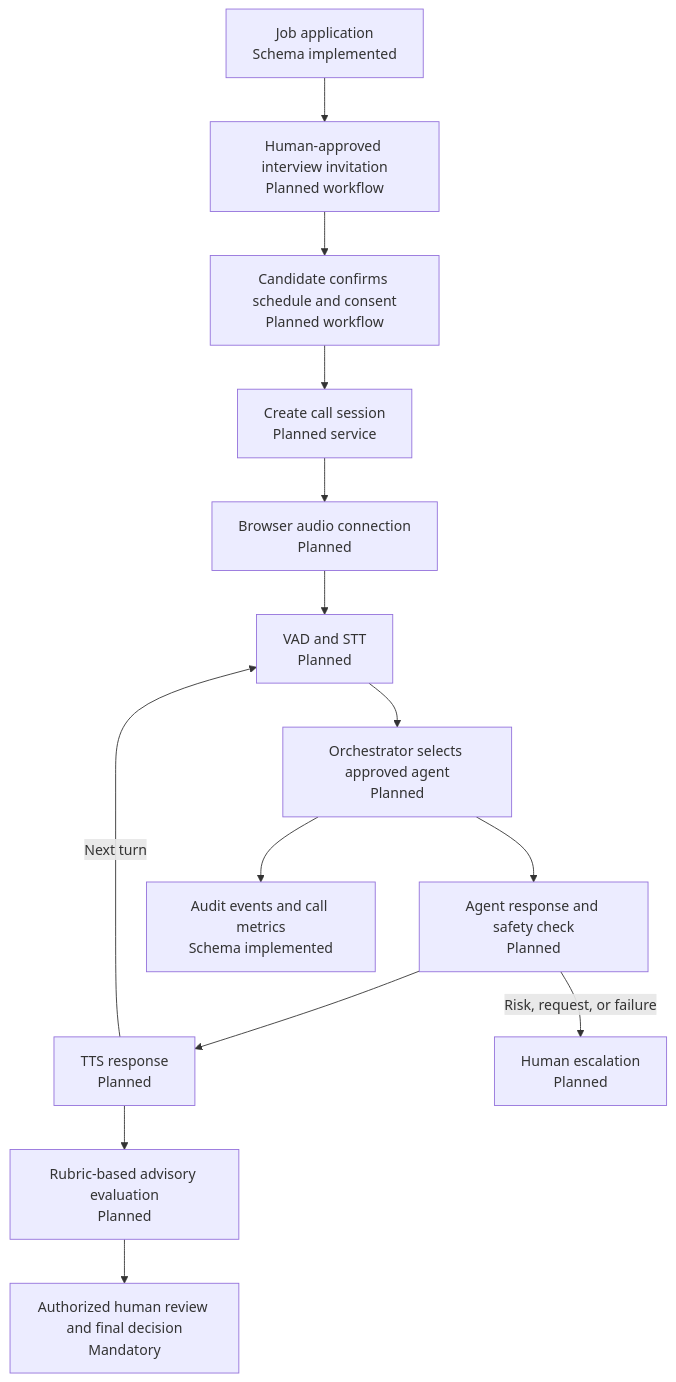
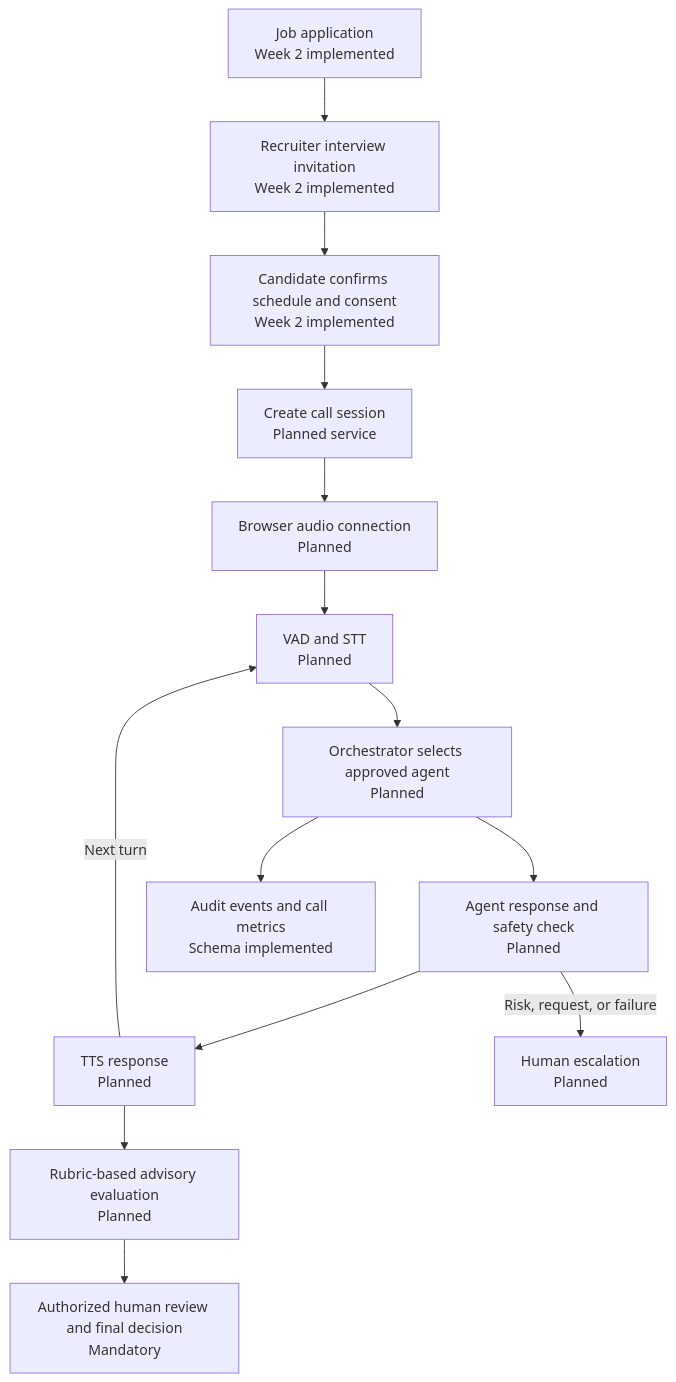
Before and after one commit to hamzadugal21/MultiAgentCaller: the second of 4 diagrams in docs/ARCHITECTURE.md, drawn with Mermaid. The commit also changed other lines of this file and 9 other files, not shown here.

````diff
--- a/docs/ARCHITECTURE.md
+++ b/docs/ARCHITECTURE.md
@@ -71,16 +71,16 @@
 ```mermaid
 flowchart TD
-    A[Job application<br/>Schema implemented] --> B[Human-approved interview invitation<br/>Planned workflow]
-    B --> C[Candidate confirms schedule and consent<br/>Planned workflow]
+    A[Job application<br/>Week 2 implemented] --> B[Recruiter interview invitation<br/>Week 2 implemented]
+    B --> C[Candidate confirms schedule and consent<br/>Week 2 implemented]
     C --> D[Create call session<br/>Planned service]
     D --> E[Browser audio connection<br/>Planned]
     E --> F[VAD and STT<br/>Planned]
     F --> G[Orchestrator selects approved agent<br/>Planned]
     G --> H[Agent response and safety check<br/>Planned]
     H --> I[TTS response<br/>Planned]
     I -->|Next turn| F
     H -->|Risk, request, or failure| J[Human escalation<br/>Planned]
     G --> K[Audit events and call metrics<br/>Schema implemented]
     I --> L[Rubric-based advisory evaluation<br/>Planned]
     L --> M[Authorized human review and final decision<br/>Mandatory]
 ```
````
